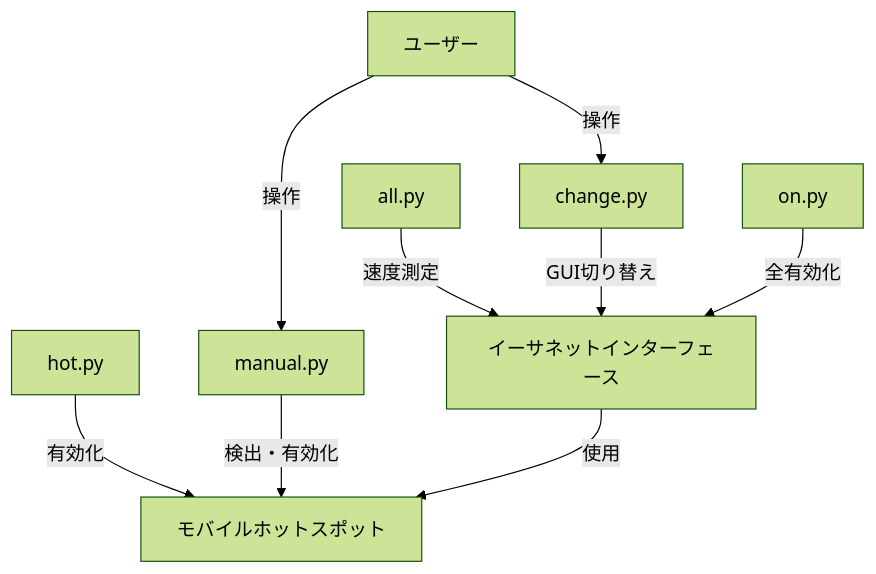
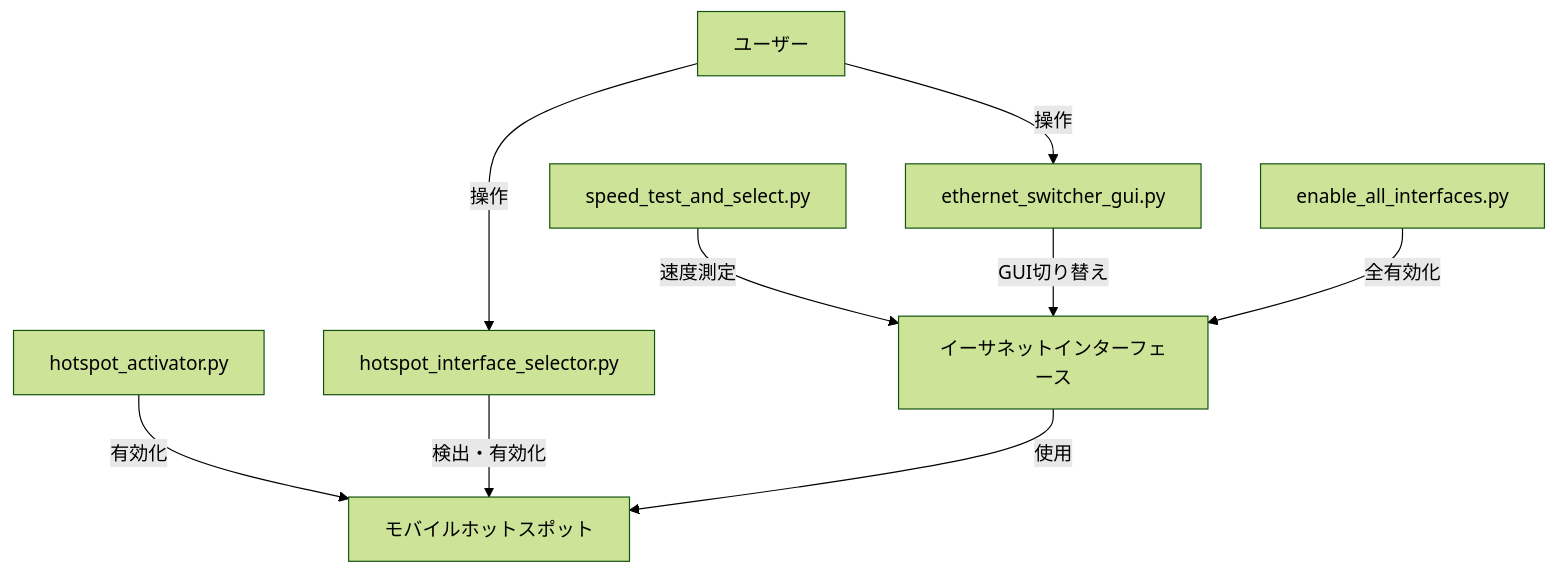
Before and after one commit to KAFKA2306/BestEthernet: the diagram in README.md, drawn with Mermaid (forest theme). The commit also changed other lines of this file and 9 other files, not shown here.

````diff
--- a/README.md
+++ b/README.md
@@ -39,11 +55,11 @@
 ```mermaid
 graph TD
-    A[all.py] -->|速度測定| B[イーサネットインターフェース]
-    C[change.py] -->|GUI切り替え| B
-    D[hot.py] -->|有効化| E[モバイルホットスポット]
-    F[on.py] -->|全有効化| B
-    G[manual.py] -->|検出・有効化| E
+    A[speed_test_and_select.py] -->|速度測定| B[イーサネットインターフェース]
+    C[ethernet_switcher_gui.py] -->|GUI切り替え| B
+    D[hotspot_activator.py] -->|有効化| E[モバイルホットスポット]
+    F[enable_all_interfaces.py] -->|全有効化| B
+    G[hotspot_interface_selector.py] -->|検出・有効化| E
     B -->|使用| E
     H[ユーザー] -->|操作| C
     H -->|操作| G
 ```
````
